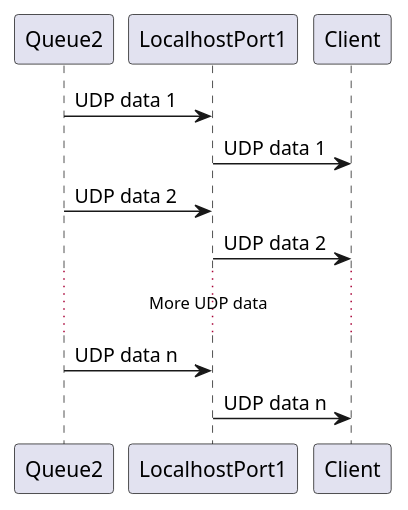
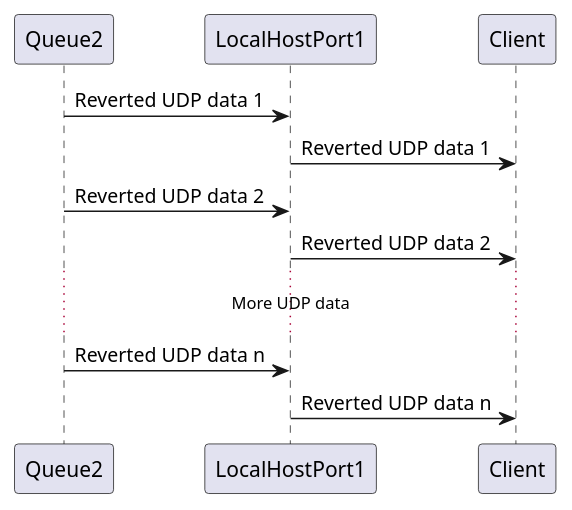
Before and after one commit to xiguichen/tcpudp: the fourth of 4 diagrams in doc/architecture.md, drawn with PlantUML. The commit also changed other lines of this file, not shown here.

```diff
--- a/doc/architecture.md
+++ b/doc/architecture.md
@@ -38,11 +39,11 @@
 @startuml
 
-Queue2 -> LocalhostPort1: UDP data 1
-LocalhostPort1 -> Client: UDP data 1
-Queue2 -> LocalhostPort1: UDP data 2
-LocalhostPort1 -> Client: UDP data 2
+Queue2 -> LocalHostPort1: Reverted UDP data 1
+LocalHostPort1 -> Client: Reverted UDP data 1
+Queue2 -> LocalHostPort1: Reverted UDP data 2
+LocalHostPort1 -> Client: Reverted UDP data 2
 ... More UDP data ...
-Queue2 -> LocalhostPort1: UDP data n
-LocalhostPort1 -> Client: UDP data n
+Queue2 -> LocalHostPort1: Reverted UDP data n
+LocalHostPort1 -> Client: Reverted UDP data n
 
 @enduml
```
